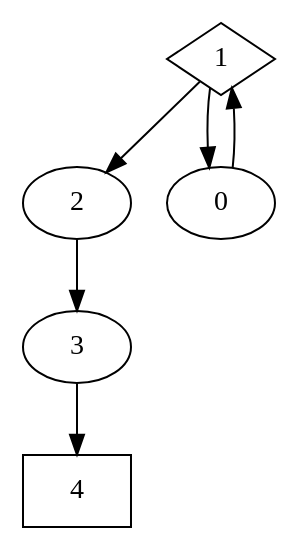
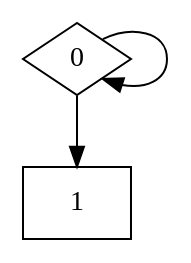
Before and after one commit to VivIsBee/libgmldc: the diagram in out.dot, drawn with Graphviz. The commit also changed 3 other files, not shown here.

```diff
--- a/out.dot
+++ b/out.dot
@@ -1,12 +1,6 @@
 digraph cfg1 {
-    N4[label="4"][shape="box"];
-    N1[label="1"][shape="diamond"];
-    N2[label="2"];
-    N3[label="3"];
-    N0[label="0"];
-    N1 -> N2[label=""];
-    N1 -> N0[label=""];
-    N2 -> N3[label=""];
-    N3 -> N4[label=""];
+    N0[label="0"][shape="diamond"];
+    N1[label="1"][shape="box"];
     N0 -> N1[label=""];
+    N0 -> N0[label=""];
 }
```
